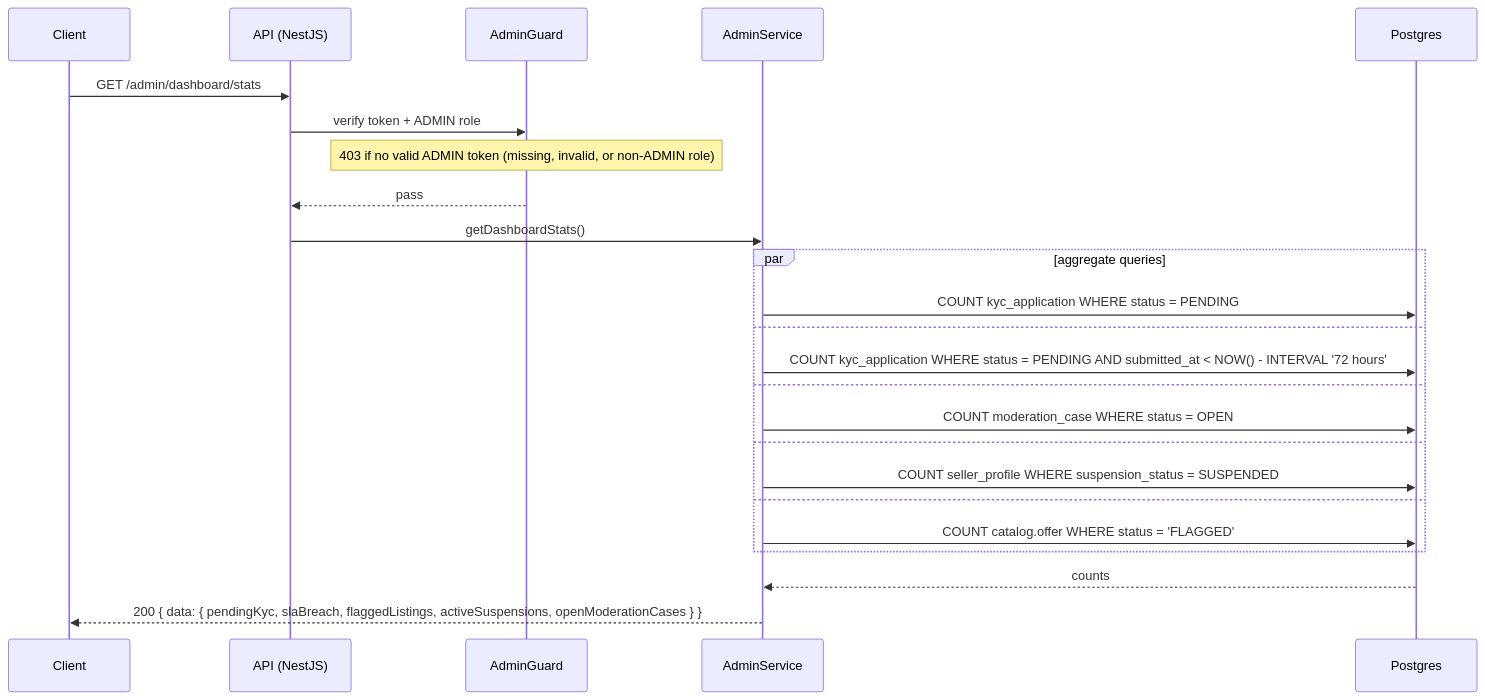
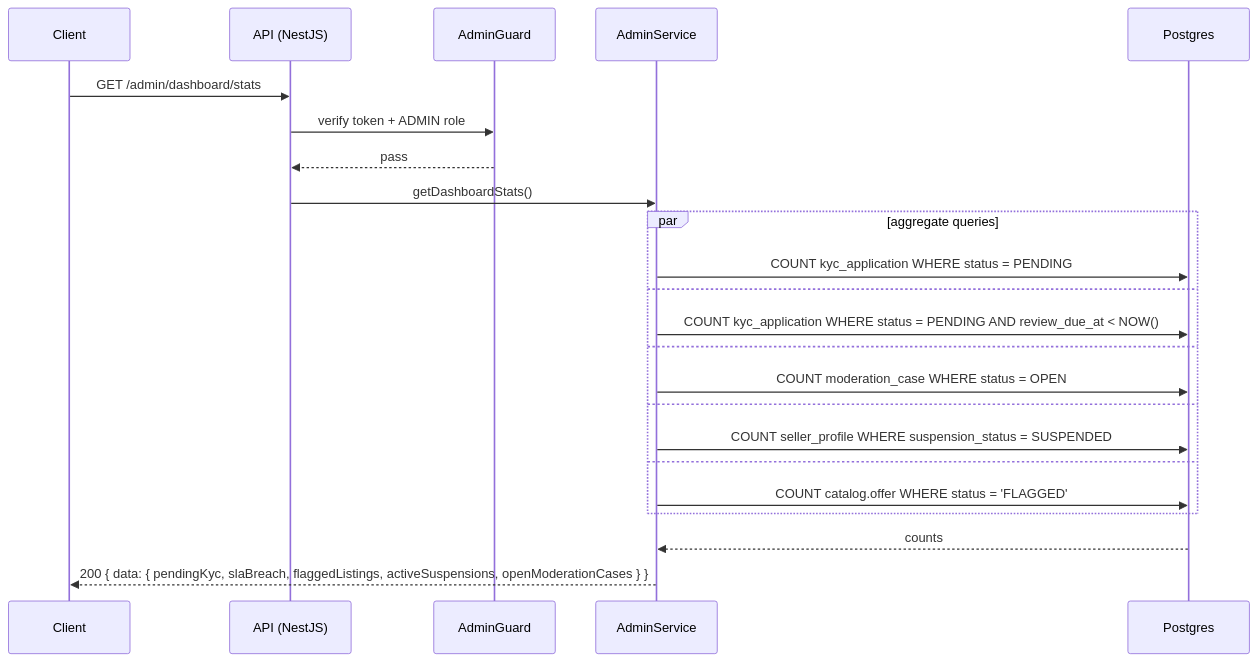
Diagram 15 of 15 in phase-1/technical-design/api-design/admin.md (alisa-uthi/aliceut-ecom-document), drawn with Mermaid before and after one commit. The commit also changed other lines of this file and 53 other files, not shown here.

````diff
--- a/phase-1/technical-design/api-design/admin.md
+++ b/phase-1/technical-design/api-design/admin.md
@@ -1281,27 +1267,26 @@
 ```mermaid
 sequenceDiagram
     participant C as Client
     participant API as API (NestJS)
     participant G as AdminGuard
     participant S as AdminService
     participant PG as Postgres
 
     C->>API: GET /admin/dashboard/stats
     API->>G: verify token + ADMIN role
-    Note over G: 403 if no valid ADMIN token (missing, invalid, or non-ADMIN role)
     G-->>API: pass
     API->>S: getDashboardStats()
     par aggregate queries
         S->>PG: COUNT kyc_application WHERE status = PENDING
     and
-        S->>PG: COUNT kyc_application WHERE status = PENDING AND submitted_at < NOW() - INTERVAL '72 hours'
+        S->>PG: COUNT kyc_application WHERE status = PENDING AND review_due_at < NOW()
     and
         S->>PG: COUNT moderation_case WHERE status = OPEN
     and
         S->>PG: COUNT seller_profile WHERE suspension_status = SUSPENDED
     and
         S->>PG: COUNT catalog.offer WHERE status = 'FLAGGED'
     end
     PG-->>S: counts
     S-->>C: 200 { data: { pendingKyc, slaBreach, flaggedListings, activeSuspensions, openModerationCases } }
 ```
````
